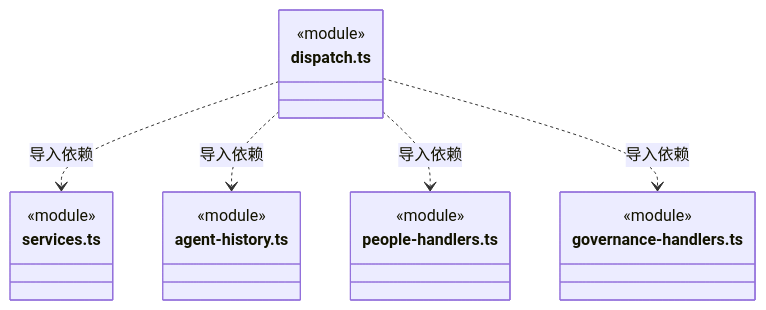
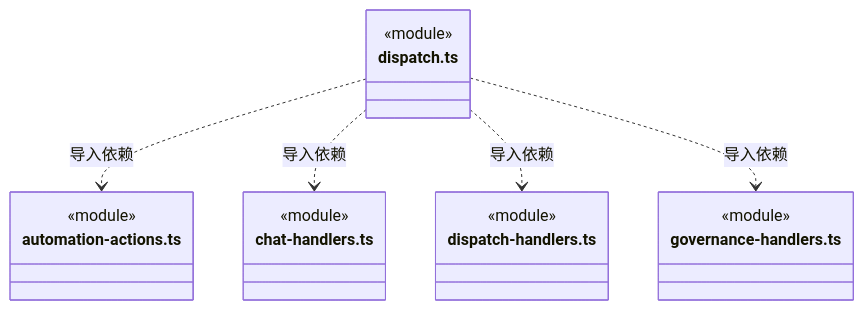
Before and after one commit to nan023062/cbim: diagram 18 of 22 in src/bridge/server/ipc/ARCHITECTURE.md, drawn with Mermaid. The commit also changed other lines of this file and 112 other files, not shown here.

Commit message:
docs: align source architecture with current declarations and contracts

````diff
--- a/src/bridge/server/ipc/ARCHITECTURE.md
+++ b/src/bridge/server/ipc/ARCHITECTURE.md
@@ -546,22 +546,22 @@
 ```mermaid
 classDiagram
 class N_src_bridge_server_ipc_dispatch_ts["dispatch.ts"] {
   <<module>>
 }
-class N_src_bridge_server_ipc_services_ts["services.ts"] {
+class N_src_bridge_server_ipc_automation_actions_ts["automation-actions.ts"] {
   <<module>>
 }
-class N_src_bridge_server_ipc_agent_history_ts["agent-history.ts"] {
+class N_src_bridge_server_ipc_chat_handlers_ts["chat-handlers.ts"] {
   <<module>>
 }
-class N_src_bridge_server_ipc_people_handlers_ts["people-handlers.ts"] {
+class N_src_bridge_server_ipc_dispatch_handlers_ts["dispatch-handlers.ts"] {
   <<module>>
 }
 class N_src_bridge_server_ipc_governance_handlers_ts["governance-handlers.ts"] {
   <<module>>
 }
-N_src_bridge_server_ipc_dispatch_ts ..> N_src_bridge_server_ipc_services_ts : 导入依赖
-N_src_bridge_server_ipc_dispatch_ts ..> N_src_bridge_server_ipc_agent_history_ts : 导入依赖
-N_src_bridge_server_ipc_dispatch_ts ..> N_src_bridge_server_ipc_people_handlers_ts : 导入依赖
+N_src_bridge_server_ipc_dispatch_ts ..> N_src_bridge_server_ipc_automation_actions_ts : 导入依赖
+N_src_bridge_server_ipc_dispatch_ts ..> N_src_bridge_server_ipc_chat_handlers_ts : 导入依赖
+N_src_bridge_server_ipc_dispatch_ts ..> N_src_bridge_server_ipc_dispatch_handlers_ts : 导入依赖
 N_src_bridge_server_ipc_dispatch_ts ..> N_src_bridge_server_ipc_governance_handlers_ts : 导入依赖
 ```
````
